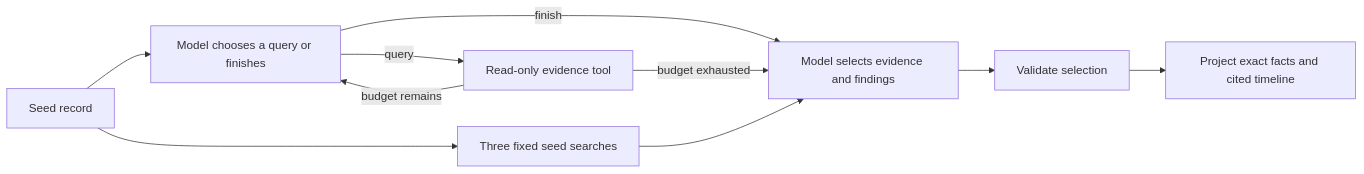
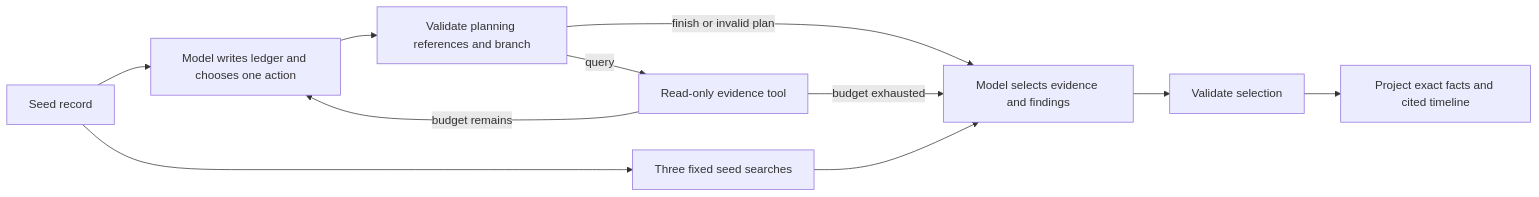
Before and after one commit to Shanmukha-Y/tracetrail: the diagram in README.md, drawn with Mermaid. The commit also changed other lines of this file and 21 other files, not shown here.

````diff
--- a/README.md
+++ b/README.md
@@ -58,12 +60,13 @@
 ```mermaid
 flowchart LR
-    S[Seed record] --> P[Model chooses a query or finishes]
-    P -->|query| T[Read-only evidence tool]
+    S[Seed record] --> P[Model writes ledger and chooses one action]
+    P --> C[Validate planning references and branch]
+    C -->|query| T[Read-only evidence tool]
     T -->|budget remains| P
-    P -->|finish| R[Model selects evidence and findings]
+    C -->|finish or invalid plan| R[Model selects evidence and findings]
     T -->|budget exhausted| R
     S --> F[Three fixed seed searches]
     F --> R
     R --> V[Validate selection]
     V --> O[Project exact facts and cited timeline]
 ```
````
